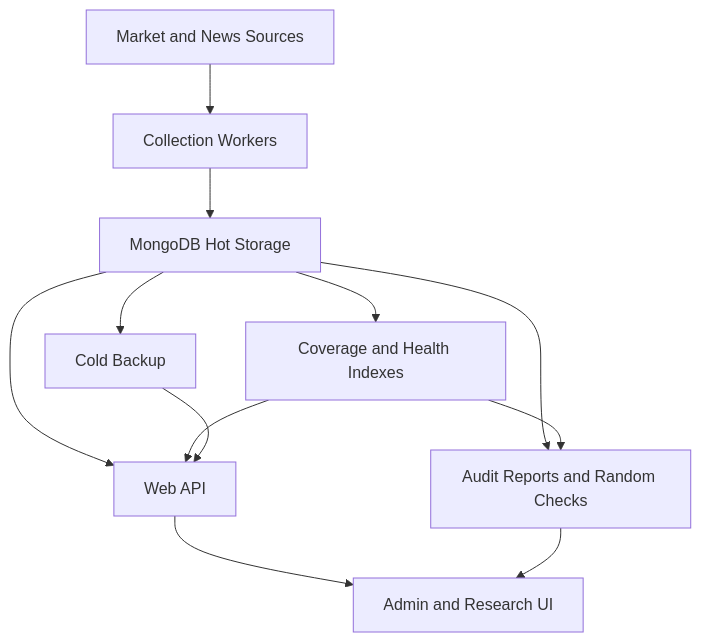
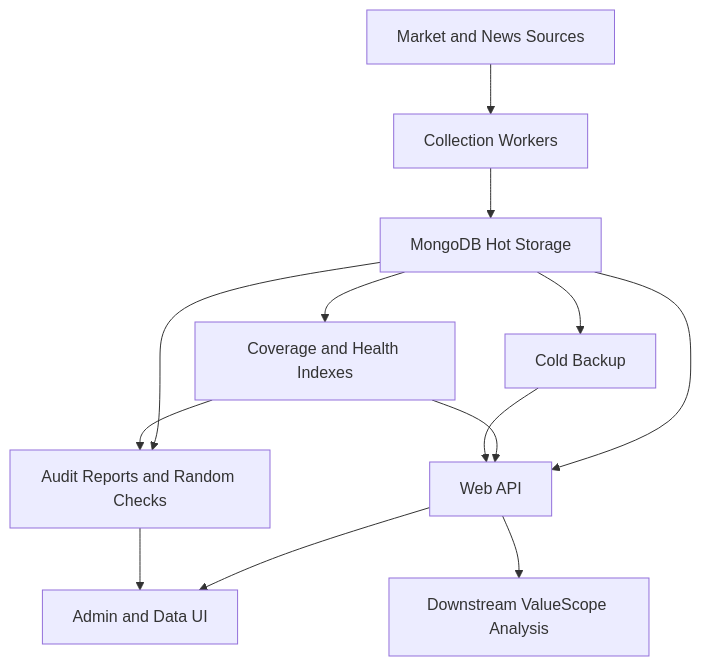
The diagram in portfolio_public/docs/architecture.md (scybl/NewsAnalysis), drawn with Mermaid before and after one commit. The commit also changed other lines of this file and 48 other files, not shown here.

First line of the commit message:
发布ValueScope DataHub 2.0

````diff
--- a/portfolio_public/docs/architecture.md
+++ b/portfolio_public/docs/architecture.md
@@ -7,23 +7,25 @@
 ```mermaid
 flowchart TB
   sources["Market and News Sources"]
   crawler["Collection Workers"]
   hot["MongoDB Hot Storage"]
   cold["Cold Backup"]
   index["Coverage and Health Indexes"]
   api["Web API"]
-  ui["Admin and Research UI"]
+  ui["Admin and Data UI"]
+  analysis["Downstream ValueScope Analysis"]
   audit["Audit Reports and Random Checks"]
 
   sources --> crawler
   crawler --> hot
   hot --> index
   hot --> api
   index --> api
   hot --> cold
   cold --> api
   api --> ui
+  api --> analysis
   audit --> ui
   hot --> audit
   index --> audit
 ```
````
